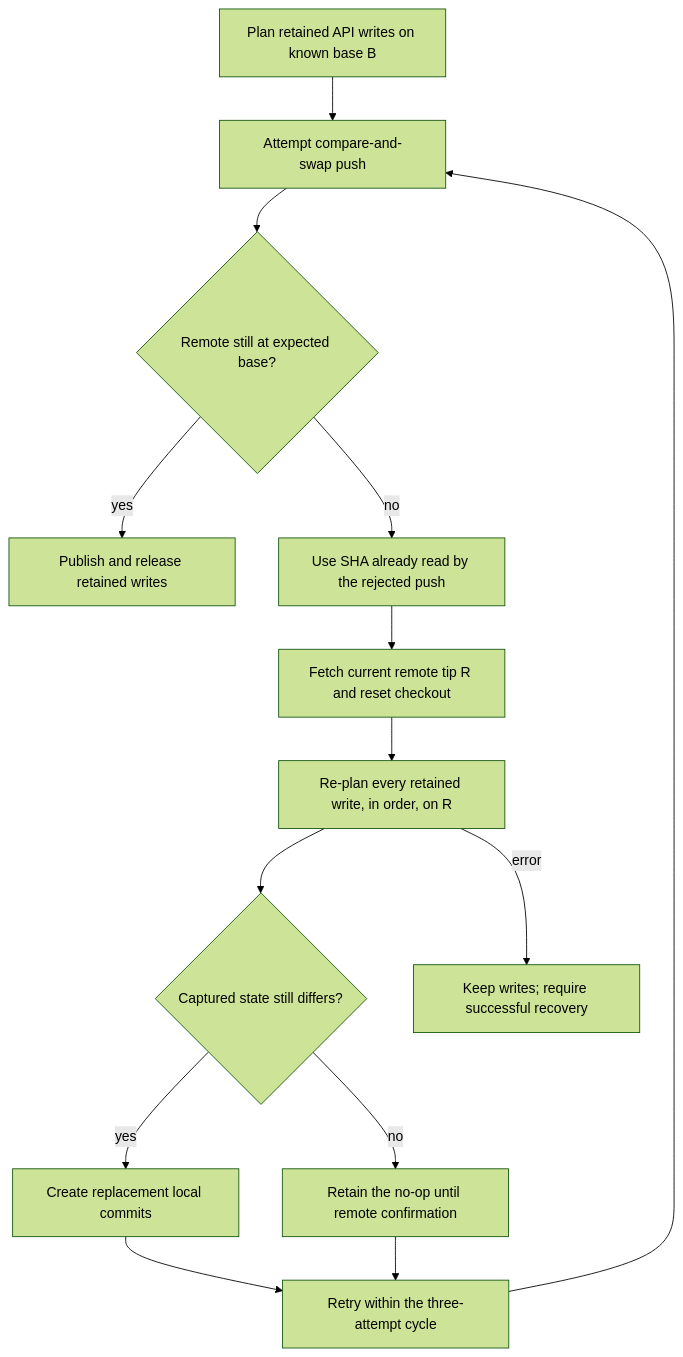
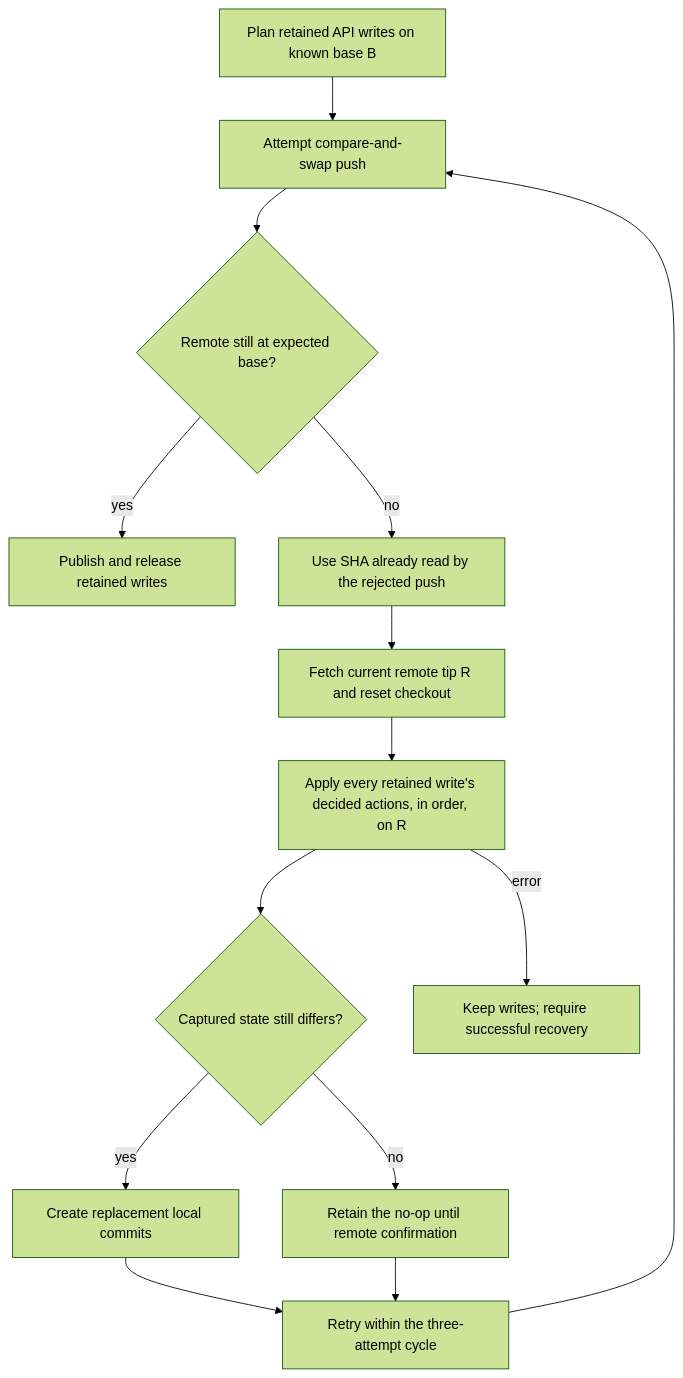
Before and after one commit to ConfigButler/gitops-reverser: the fourth of 5 diagrams in docs/api-first-publication.md, drawn with Mermaid (forest theme). The commit also changed other lines of this file and 158 other files, not shown here.

````diff
--- a/docs/api-first-publication.md
+++ b/docs/api-first-publication.md
@@ -204,16 +205,16 @@
 ```mermaid
 flowchart TD
     A["Plan retained API writes on known base B"] --> P["Attempt compare-and-swap push"]
     P --> MATCH{"Remote still at expected base?"}
     MATCH -->|yes| DONE["Publish and release retained writes"]
     MATCH -->|no| HASH["Use SHA already read by the rejected push"]
     HASH --> FETCH["Fetch current remote tip R and reset checkout"]
-    FETCH --> REPLAY["Re-plan every retained write, in order, on R"]
+    FETCH --> REPLAY["Apply every retained write's decided actions, in order, on R"]
     REPLAY --> DIFF{"Captured state still differs?"}
     DIFF -->|yes| COMMIT["Create replacement local commits"]
     DIFF -->|no| NOOP["Retain the no-op until remote confirmation"]
     COMMIT --> RETRY["Retry within the three-attempt cycle"]
     NOOP --> RETRY
     RETRY --> P
     REPLAY -->|error| HOLD["Keep writes; require successful recovery"]
 ```
````
